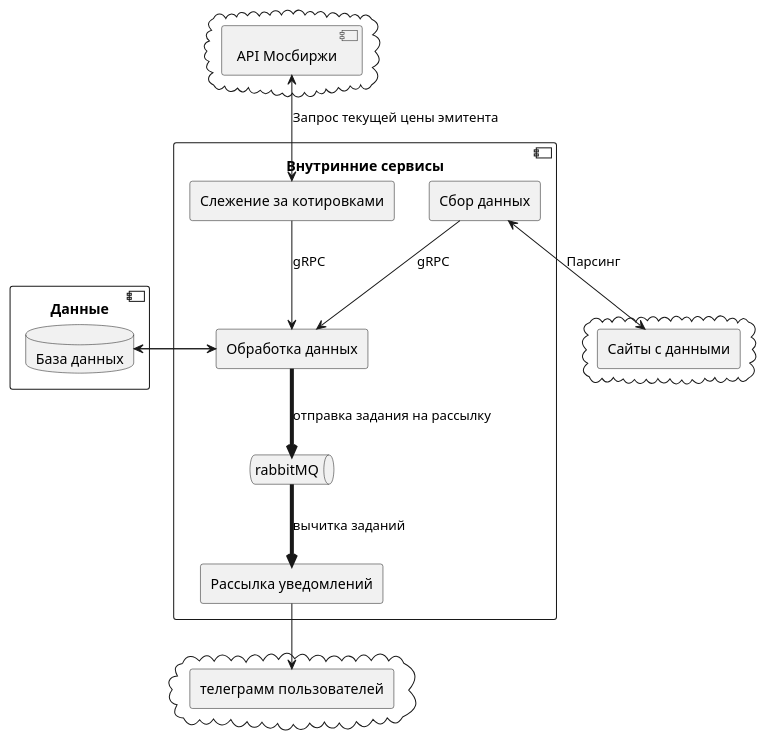
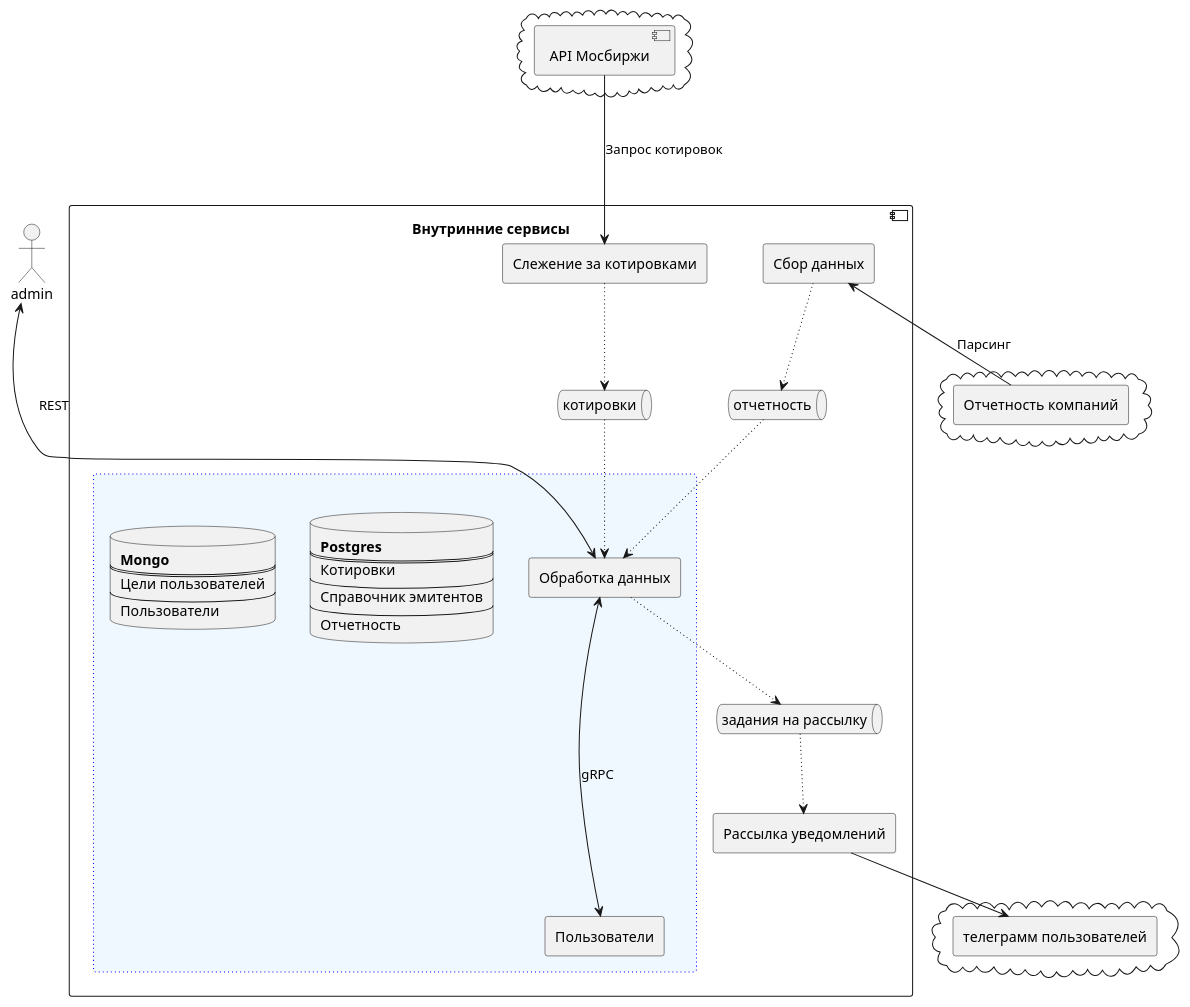
Before and after one commit to akolobaha/fin_quotes: the diagram in README.md, drawn with PlantUML.

Commit message:
обновлен plantUml

````diff
--- a/README.md
+++ b/README.md
@@ -29,43 +29,76 @@
 ```plantuml
 @startuml
-component "Внутринние сервисы" {
+actor "admin" as actor
+
+component "Внутринние сервисы" as internal {
+
 agent "Слежение за котировками" as tracker
-agent "Обработка данных" as storage
+
+rectangle rect_processing as " " #aliceblue;line:blue;line.dotted;text:blue {
+agent "Обработка данных" as processing 
+
+database database_processing [
+<b>Postgres
+====
+Котировки
+----
+Справочник эмитентов
+----
+Отчетность
+]
+
+agent "Пользователи" as users_service
+
+database database_user [
+<b>Mongo
+====
+Цели пользователей
+----
+Пользователи
+]
+
+}
+
 agent "Рассылка уведомлений" as notification
+
 agent "Сбор данных" as parser
 
-queue rabbitMQ as rabbit
-}
+queue "отчетность" as rabbit_data
+queue "котировки" as rabbit_quotes 
+queue "задания на рассылку" as rabbit_notifications
 
-component "Данные" {
-  database "База данных" as db
 }
 
 cloud {
 component "API Мосбиржи" as market
 }
 
 cloud {
 agent "телеграмм пользователей" as telegramm
 }
 
 cloud {
-agent "Сайты с данными" as externalData
+agent "Отчетность компаний" as externalData
 }
 
-parser<-->externalData : Парсинг
-tracker-->storage : gRPC
+parser<--externalData : Парсинг
 
-parser-->storage : gRPC
+tracker-[dotted]->rabbit_quotes
 
-storage-[thickness=4]->rabbit :"отправка задания на рассылку" 
-rabbit-[thickness=4]->notification : "вычитка заданий"
+rabbit_quotes-[dotted]->processing
 
-market<-->tracker : "Запрос текущей цены эмитента"
+parser-[dotted]->rabbit_data
+rabbit_data-[dotted]->processing
+
+processing -[dotted]-> rabbit_notifications
+rabbit_notifications-[dotted]->notification
+
+processing <----> users_service : gRPC
+
+market--->tracker : "Запрос котировок"
 
 notification-->telegramm
 
-storage-->db
-db->storage
+actor <---> processing : REST
 @enduml
 ```
````
